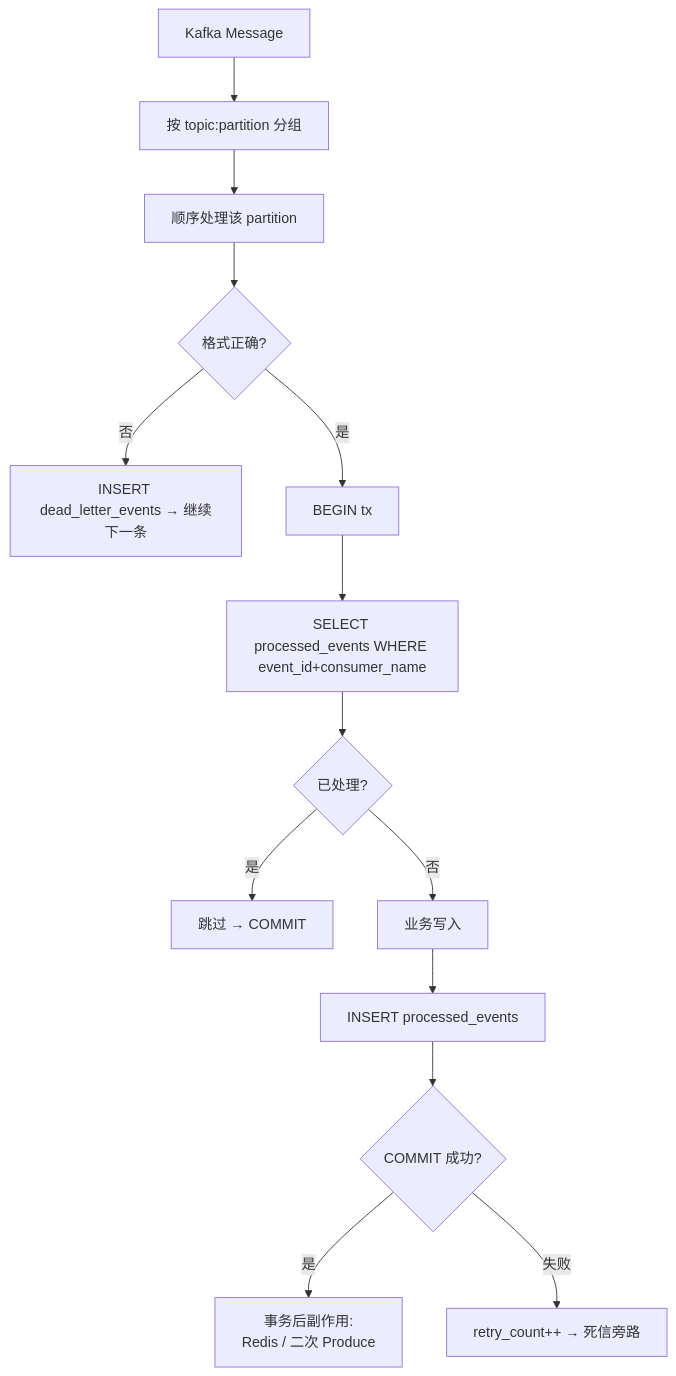
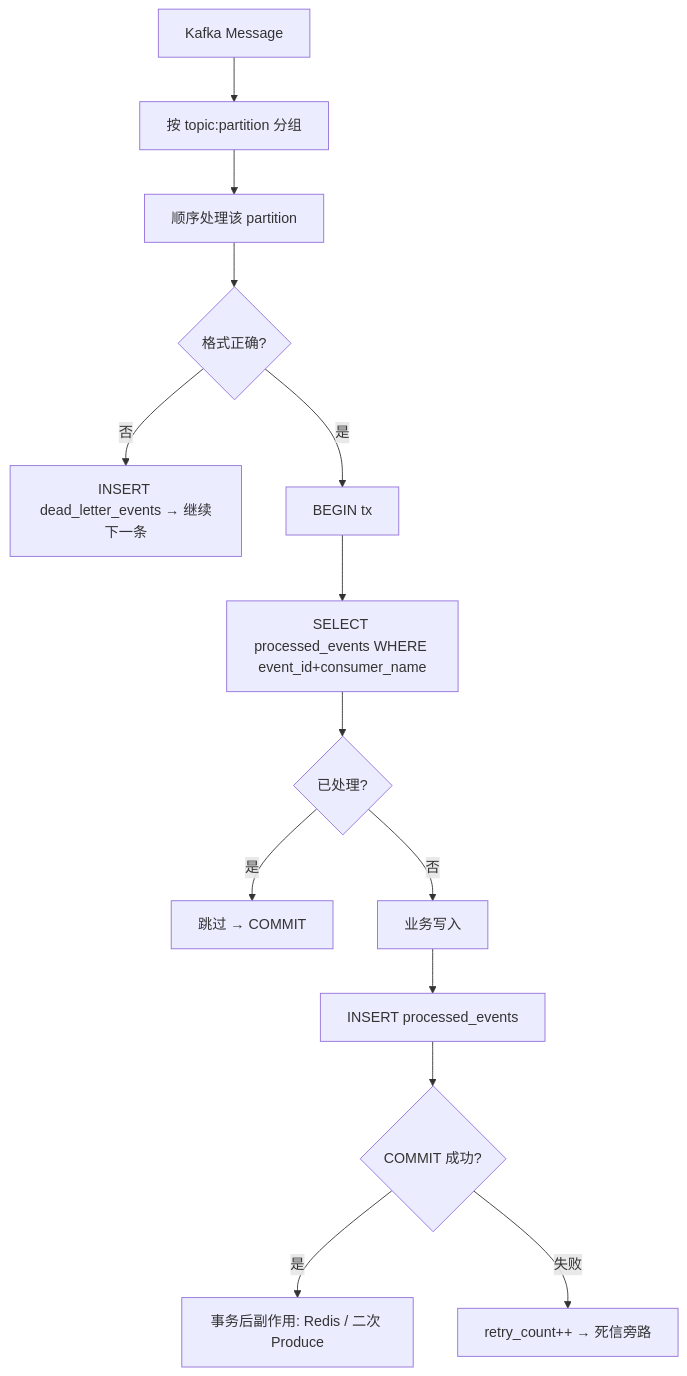
One commit to Redeemz473/feedsystem-zero changed diagram 23 of 28 in docs/PROJECT_OVERVIEW.md. Above: the diagram before and after it, drawn with Mermaid. The commit also changed other lines of this file, not shown here.

Commit message:
docs(overview): normalize all 28 mermaid diagrams for github renderer (remove 124 br tags and 3 dashed-with-label edges)

````diff
--- a/docs/PROJECT_OVERVIEW.md
+++ b/docs/PROJECT_OVERVIEW.md
@@ -3820,16 +3820,16 @@
 ```mermaid
 flowchart TD
     A[Kafka Message] --> B[按 topic:partition 分组]
     B --> C[顺序处理该 partition]
     C --> D{格式正确?}
     D -->|否| E[INSERT dead_letter_events → 继续下一条]
     D -->|是| F[BEGIN tx]
     F --> G[SELECT processed_events WHERE event_id+consumer_name]
     G --> H{已处理?}
     H -->|是| I[跳过 → COMMIT]
     H -->|否| J[业务写入]
     J --> K[INSERT processed_events]
     K --> L{COMMIT 成功?}
-    L -->|是| M[事务后副作用:<br/>Redis / 二次 Produce]
+    L -->|是| M[事务后副作用: Redis / 二次 Produce]
     L -->|失败| N[retry_count++ → 死信旁路]
 ```
````
